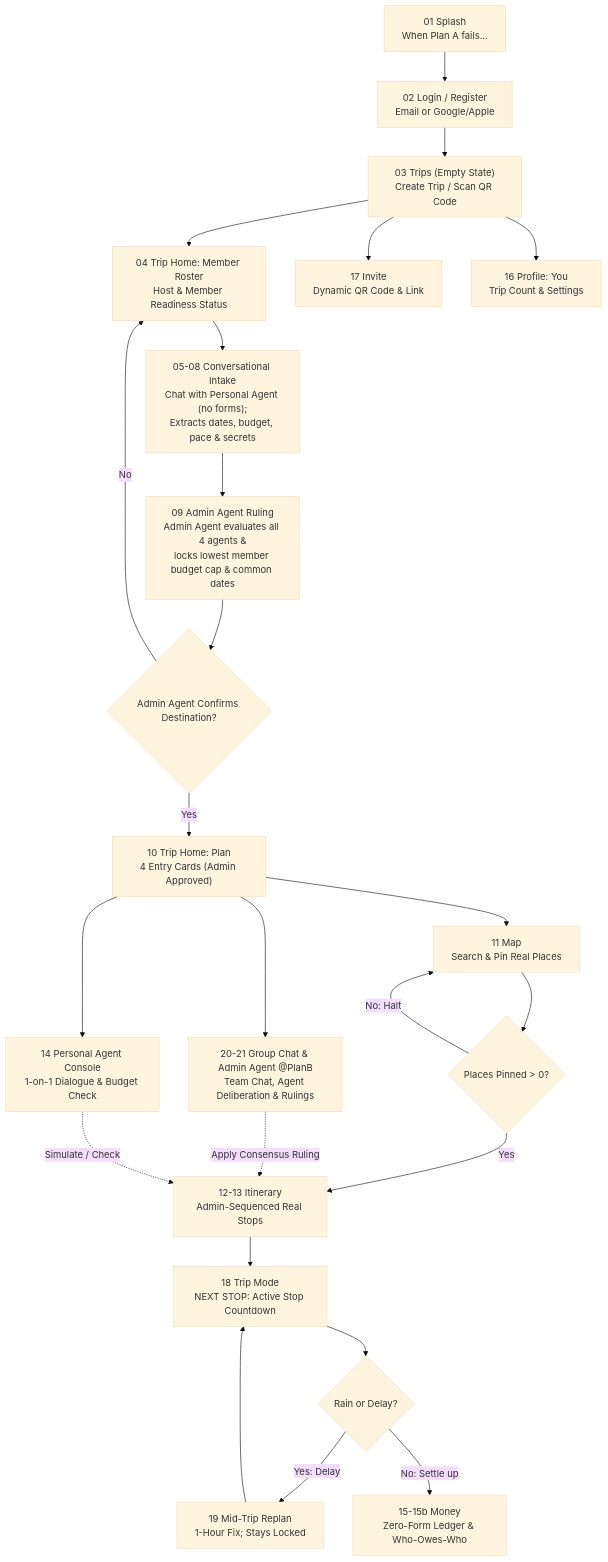
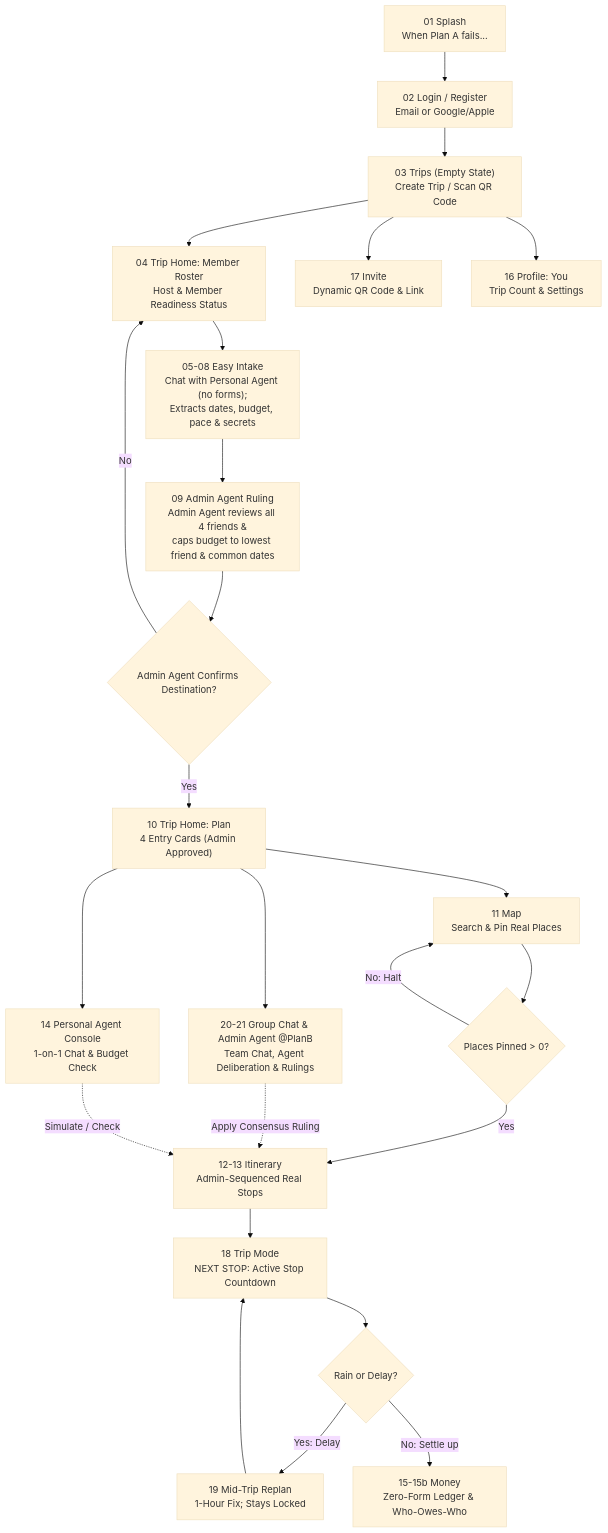
One commit to nlzce/We-are-the-champions_Plan-B changed diagram 15 of 21 in README.md. Above: the diagram before and after it, drawn with Mermaid (base theme). The commit also changed other lines of this file, not shown here.

Commit message:
docs: rewrite README in plain conversational English

````diff
--- a/README.md
+++ b/README.md
@@ -489,26 +489,26 @@
 ```mermaid
 flowchart TD
   S01["01 Splash<br/>When Plan A fails..."] --> S02["02 Login / Register<br/>Email or Google/Apple"]
   S02 --> S03["03 Trips (Empty State)<br/>Create Trip / Scan QR Code"]
   S03 --> S04["04 Trip Home: Member Roster<br/>Host & Member Readiness Status"]
   S03 --> S17["17 Invite<br/>Dynamic QR Code & Link"]
-  S04 --> S05_08["05-08 Conversational Intake<br/>Chat with Personal Agent (no forms);<br/>Extracts dates, budget, pace & secrets"]
-  S05_08 --> S09["09 Admin Agent Ruling<br/>Admin Agent evaluates all 4 agents &<br/>locks lowest member budget cap & common dates"]
+  S04 --> S05_08["05-08 Easy Intake<br/>Chat with Personal Agent (no forms);<br/>Extracts dates, budget, pace & secrets"]
+  S05_08 --> S09["09 Admin Agent Ruling<br/>Admin Agent reviews all 4 friends &<br/>caps budget to lowest friend & common dates"]
   S09 --> DestCheck{"Admin Agent Confirms Destination?"}
   DestCheck -->|No| S04
   DestCheck -->|Yes| S10["10 Trip Home: Plan<br/>4 Entry Cards (Admin Approved)"]
   S10 --> S11["11 Map<br/>Search & Pin Real Places"]
-  S10 --> S14["14 Personal Agent Console<br/>1-on-1 Dialogue & Budget Check"]
+  S10 --> S14["14 Personal Agent Console<br/>1-on-1 Chat & Budget Check"]
   S10 --> S20_21["20-21 Group Chat & Admin Agent @PlanB<br/>Team Chat, Agent Deliberation & Rulings"]
   S11 --> PlaceCheck{"Places Pinned > 0?"}
   PlaceCheck -->|No: Halt| S11
   PlaceCheck -->|Yes| S12_13["12-13 Itinerary<br/>Admin-Sequenced Real Stops"]
   S20_21 -.->|"Apply Consensus Ruling"| S12_13
   S14 -.->|"Simulate / Check"| S12_13
   S12_13 --> S18["18 Trip Mode<br/>NEXT STOP: Active Stop Countdown"]
   S18 --> DisCheck{"Rain or Delay?"}
   DisCheck -->|Yes: Delay| S19["19 Mid-Trip Replan<br/>1-Hour Fix; Stays Locked"]
   S19 --> S18
   DisCheck -->|No: Settle up| S15["15-15b Money<br/>Zero-Form Ledger & Who-Owes-Who"]
   S03 --> S16["16 Profile: You<br/>Trip Count & Settings"]
 ```
````
